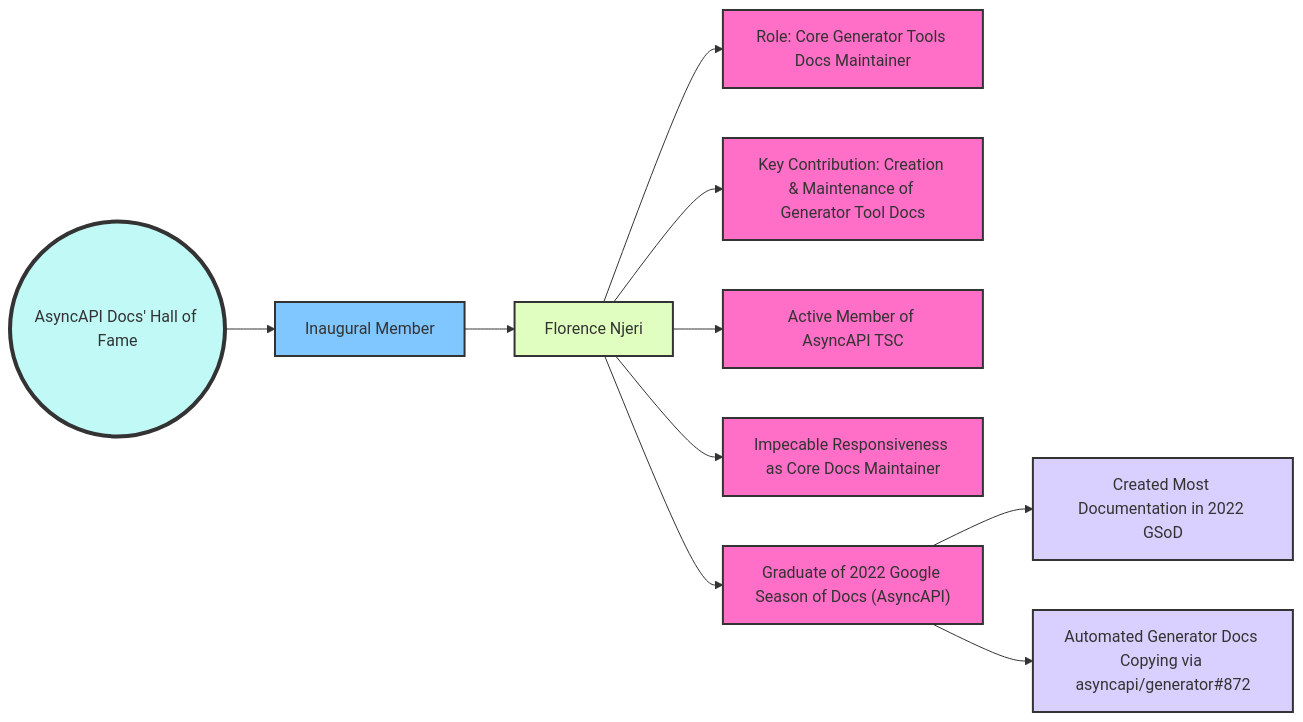
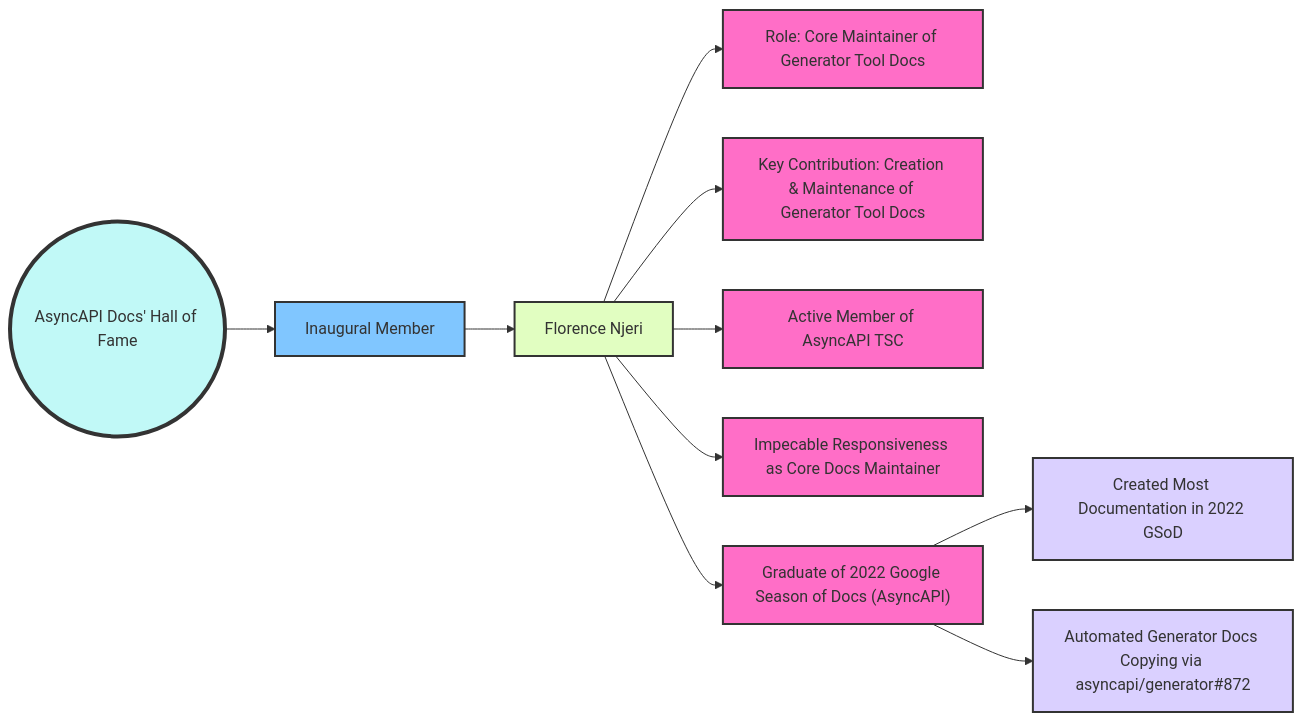
One commit to asyncapi/website changed the first of 2 diagrams in pages/blog/2023-june-docs-report.md. Above: the diagram before and after it, drawn with Mermaid. The commit also changed other lines of this file, not shown here.

````diff
--- a/pages/blog/2023-june-docs-report.md
+++ b/pages/blog/2023-june-docs-report.md
@@ -53,32 +53,32 @@
 ```mermaid
 graph LR
     A(("AsyncAPI Docs' Hall of Fame"))
     B["Inaugural Member"]
     C["Florence Njeri"]
-    D["Role: Core Generator Tools Docs Maintainer"]
+    D["Role: Core Maintainer of Generator Tool Docs"]
     E["Key Contribution: Creation & Maintenance of Generator Tool Docs"]
     F["Active Member of AsyncAPI TSC"]
     G["Impecable Responsiveness as Core Docs Maintainer"]
     H["Graduate of 2022 Google Season of Docs (AsyncAPI)"]
     I["Created Most Documentation in 2022 GSoD"]
     J["Automated Generator Docs Copying via asyncapi/generator#872"]
     A --> B
     B --> C
     C --> D
     C --> E
     C --> F
     C --> G
     C --> H
     H --> I
     H --> J
     style A fill:#C1F9F7,stroke:#333,stroke-width:4px 
     style B fill:#80c6ff,stroke:#333,stroke-width:2px
     style C fill:#E1FEC1,stroke:#333,stroke-width:2px
     style D fill:#FF6EC7,stroke:#333,stroke-width:2px
     style E fill:#FF6EC7,stroke:#333,stroke-width:2px
     style F fill:#FF6EC7,stroke:#333,stroke-width:2px
     style G fill:#FF6EC7,stroke:#333,stroke-width:2px
     style H fill:#FF6EC7,stroke:#333,stroke-width:2px
     style I fill:#DAD0FF,stroke:#333,stroke-width:2px
     style J fill:#DAD0FF,stroke:#333,stroke-width:2px
 ```
````
